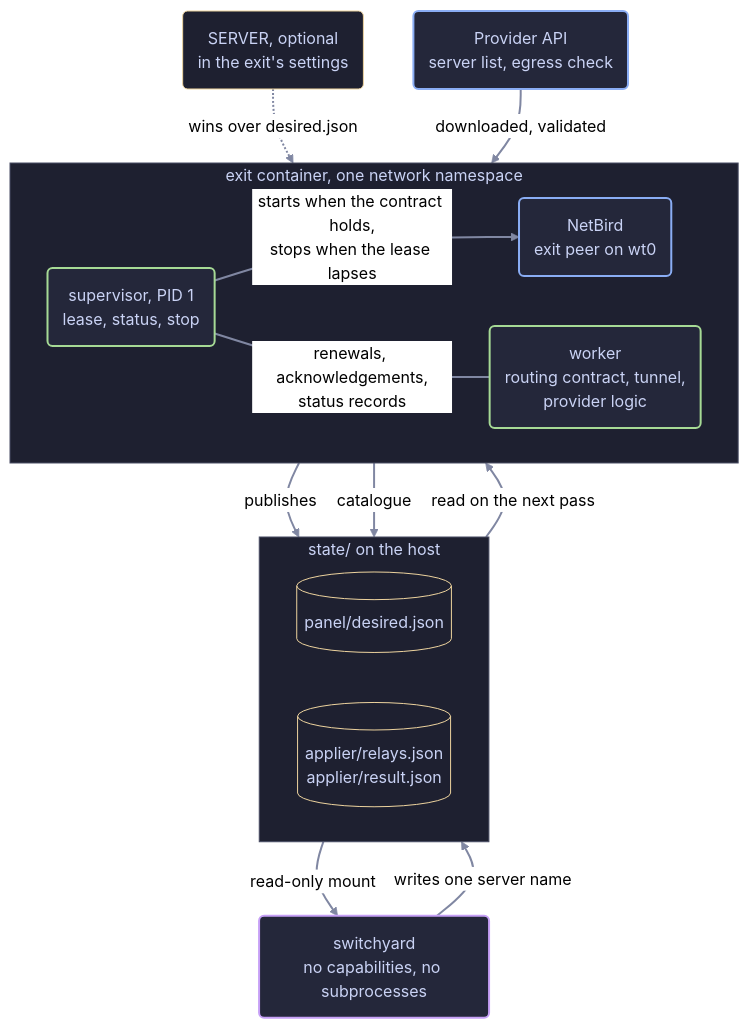
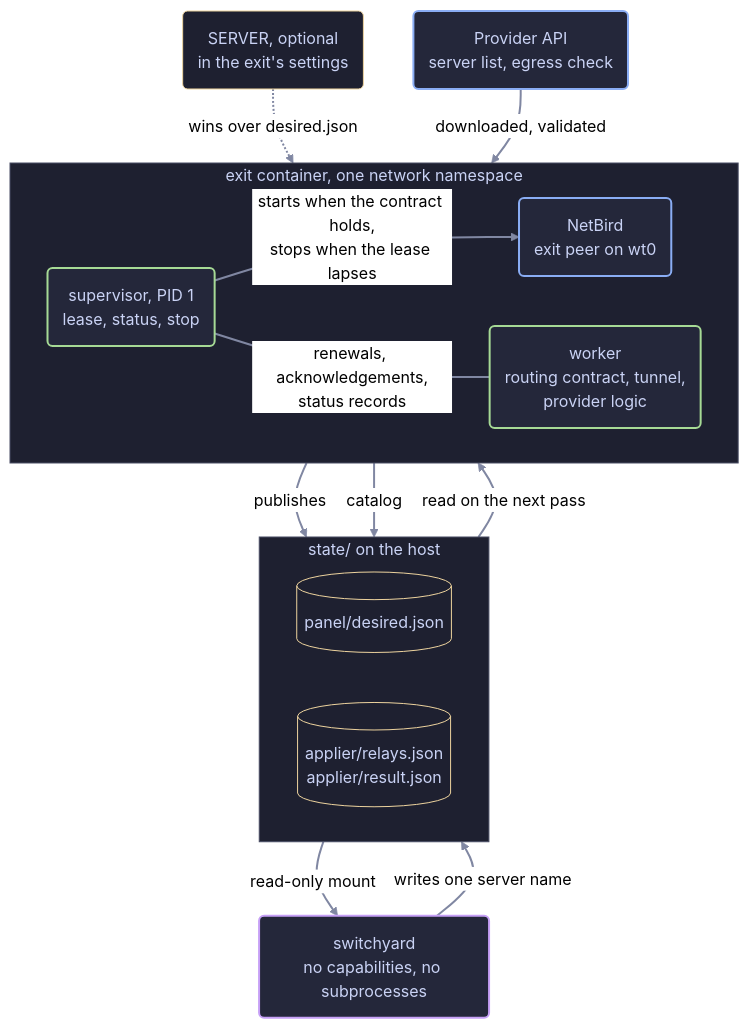
Before and after one commit to irashack/molebridge: the first of 4 diagrams in docs/architecture.md, drawn with Mermaid (neutral theme). The commit also changed other lines of this file, not shown here.

First line of the commit message:
docs: verify architecture.md against the 0.8.0 code

````diff
--- a/docs/architecture.md
+++ b/docs/architecture.md
@@ -77,39 +109,39 @@
 ```mermaid
 flowchart TB
     panel("switchyard<br/>no capabilities, no subprocesses")
     subgraph statedir["state/ on the host"]
         direction LR
         desired[("panel/desired.json")]
         result[("applier/relays.json<br/>applier/result.json")]
     end
     subgraph exit["exit container, one network namespace"]
         direction LR
         sup("supervisor, PID 1<br/>lease, status, stop")
         worker("worker<br/>routing contract, tunnel,<br/>provider logic")
         netbird("NetBird<br/>exit peer on wt0")
         sup -- "starts when the contract holds,<br/>stops when the lease lapses" --> netbird
         sup -- "renewals, acknowledgements,<br/>status records" --- worker
     end
     provider("Provider API<br/>server list, egress check")
     server("SERVER, optional<br/>in the exit's settings")
 
     panel -- "writes one server name" --> desired
     result -- "read-only mount" --> panel
     desired -- "read on the next pass" --> worker
     server -. "wins over desired.json" .-> worker
     sup -- "publishes" --> result
-    worker -- "catalogue" --> result
+    worker -- "catalog" --> result
     provider -- "downloaded, validated" --> worker
 
     classDef endpoint fill:#24273a,stroke:#8aadf4,color:#cad3f5,stroke-width:2px
     classDef routing fill:#24273a,stroke:#a6da95,color:#cad3f5,stroke-width:2px
     classDef file fill:#1e2030,stroke:#eed49f,color:#cad3f5,stroke-width:1px
     classDef panelc fill:#24273a,stroke:#c6a0f6,color:#cad3f5,stroke-width:2px
     class provider,netbird endpoint
     class sup,worker routing
     class panel panelc
     class desired,result,server file
     style exit fill:#1e2030,stroke:#494d64,color:#cad3f5
     style statedir fill:#1e2030,stroke:#494d64,color:#cad3f5
     linkStyle default stroke:#8087a2,stroke-width:2px
 ```
````
